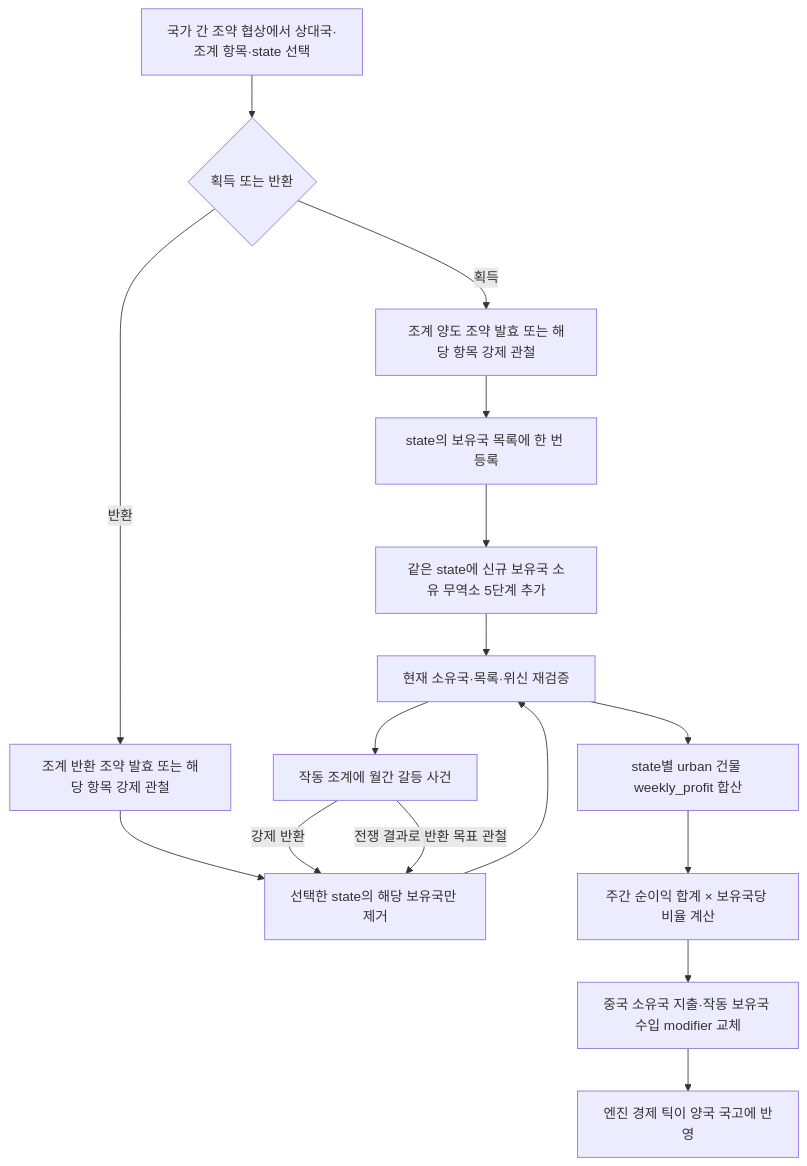
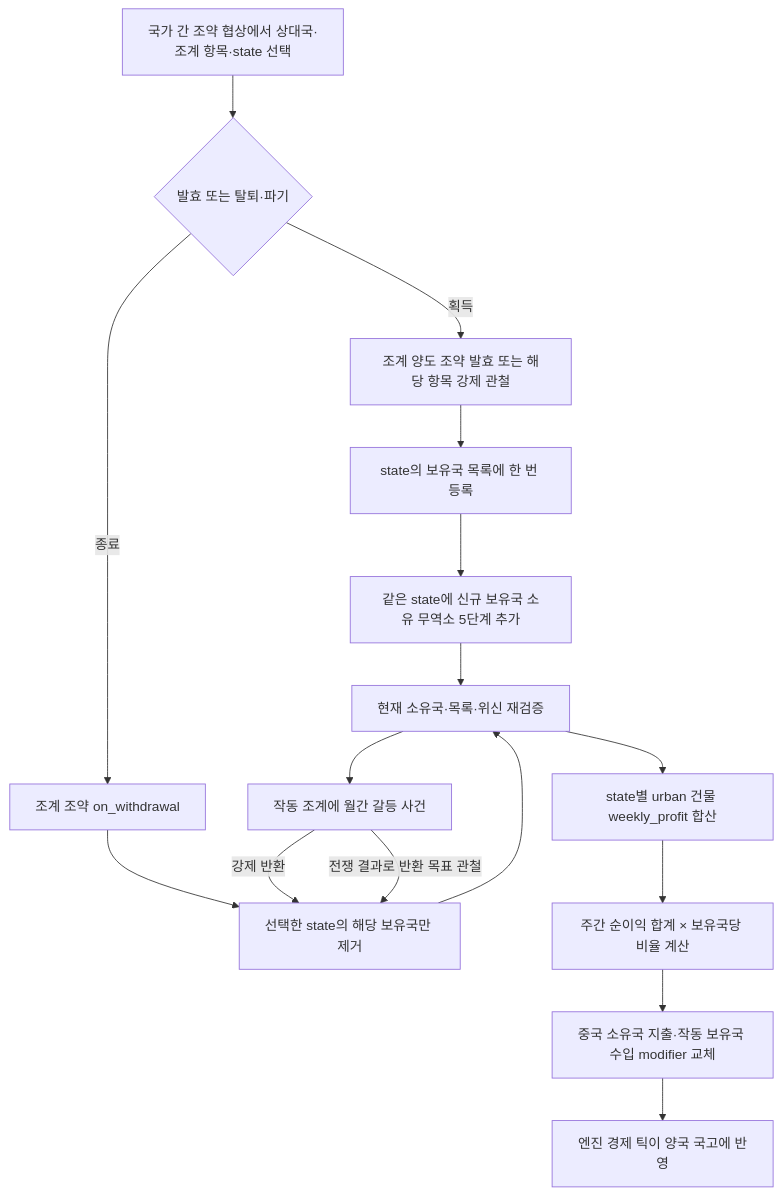
The first of 3 diagrams in documentation/china_concessions_design_plan.md (East-Asia-Flavor-Pack/East-Asia-Flavor-Pack), drawn with Mermaid before and after one commit. The commit also changed other lines of this file and 11 other files, not shown here.

````diff
--- a/documentation/china_concessions_design_plan.md
+++ b/documentation/china_concessions_design_plan.md
@@ -20,18 +20,18 @@
 ```mermaid
 flowchart TD
-    A["국가 간 조약 협상에서 상대국·조계 항목·state 선택"] --> B{"획득 또는 반환"}
+    A["국가 간 조약 협상에서 상대국·조계 항목·state 선택"] --> B{"발효 또는 탈퇴·파기"}
     B -->|획득| C["조계 양도 조약 발효 또는 해당 항목 강제 관철"]
-    B -->|반환| D["조계 반환 조약 발효 또는 해당 항목 강제 관철"]
+    B -->|종료| D["조계 조약 on_withdrawal"]
     C --> E["state의 보유국 목록에 한 번 등록"]
     D --> F["선택한 state의 해당 보유국만 제거"]
     E --> T["같은 state에 신규 보유국 소유 무역소 5단계 추가"]
     T --> G["현재 소유국·목록·위신 재검증"]
     F --> G
     G --> H["state별 urban 건물 weekly_profit 합산"]
     H --> I["주간 순이익 합계 × 보유국당 비율 계산"]
     I --> J["중국 소유국 지출·작동 보유국 수입 modifier 교체"]
     J --> K["엔진 경제 틱이 양국 국고에 반영"]
     G --> L["작동 조계에 월간 갈등 사건"]
     L -->|강제 반환| F
     L -->|전쟁 결과로 반환 목표 관철| F
 ```
````
